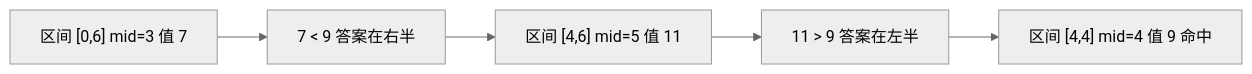
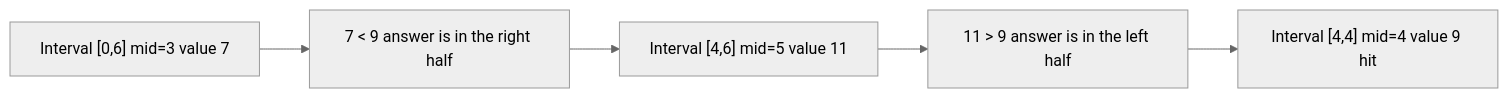
Before and after one commit to HONGLEI111/hhlblog-global: the first of 2 diagrams in src/content/technology/binary-search-template.md, drawn with Mermaid (neutral theme). The commit also changed other lines of this file and 33 other files, not shown here.

First line of the commit message:
content(code): 翻译 mermaid 图节点标签（34 文件 / 267 处）

````diff
--- a/src/content/technology/binary-search-template.md
+++ b/src/content/technology/binary-search-template.md
@@ -83,7 +83,7 @@
 ```mermaid
 graph LR
-    A["区间 [0,6] mid=3 值 7"] --> B["7 < 9 答案在右半"]
-    B --> C["区间 [4,6] mid=5 值 11"]
-    C --> D["11 > 9 答案在左半"]
-    D --> E["区间 [4,4] mid=4 值 9 命中"]
+    A["Interval [0,6] mid=3 value 7"] --> B["7 < 9 answer is in the right half"]
+    B --> C["Interval [4,6] mid=5 value 11"]
+    C --> D["11 > 9 answer is in the left half"]
+    D --> E["Interval [4,4] mid=4 value 9 hit"]
 ```
````
